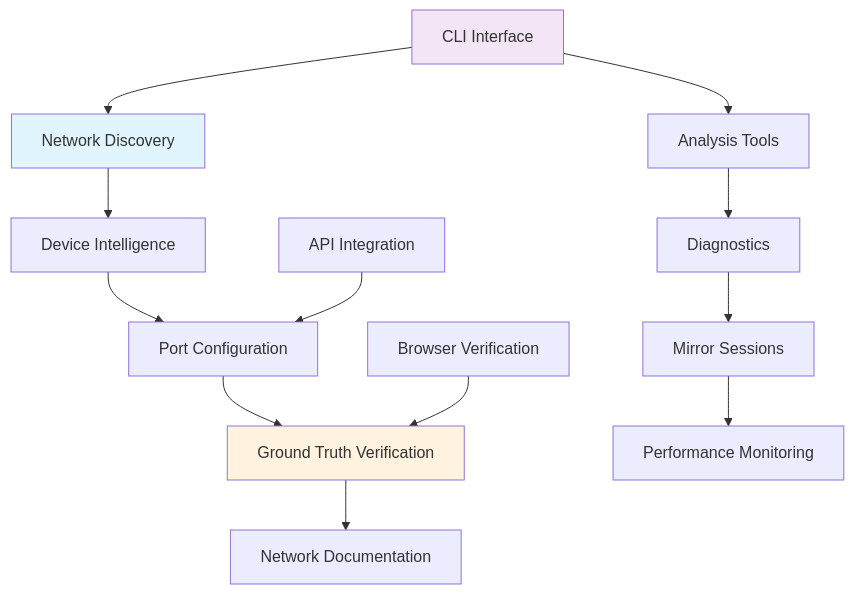
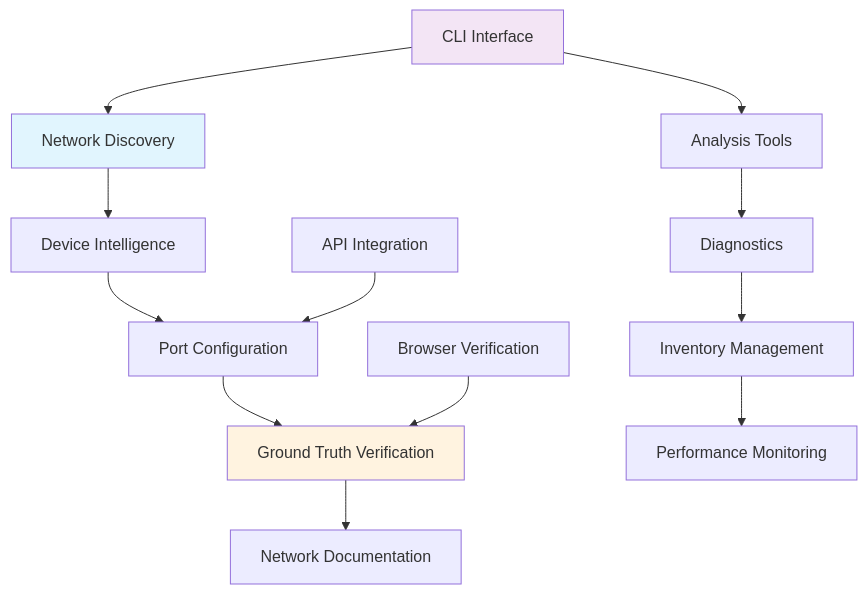
Before and after one commit to NetDevAutomate/unifi_port_mapper: the first of 27 diagrams in docs/architecture-and-codemap.md, drawn with Mermaid. The commit also changed other lines of this file and 2 other files, not shown here.

````diff
--- a/docs/architecture-and-codemap.md
+++ b/docs/architecture-and-codemap.md
@@ -20,21 +20,21 @@
 ```mermaid
 graph TB
     A[Network Discovery] --> B[Device Intelligence]
     B --> C[Port Configuration]
     C --> D[Ground Truth Verification]
     D --> E[Network Documentation]
 
     F[Analysis Tools] --> G[Diagnostics]
-    G --> H[Mirror Sessions]
+    G --> H[Inventory Management]
     H --> I[Performance Monitoring]
 
     J[CLI Interface] --> A
     J --> F
 
     K[Browser Verification] --> D
     L[API Integration] --> C
 
     style A fill:#e1f5fe
     style D fill:#fff3e0
     style J fill:#f3e5f5
 ```
````
